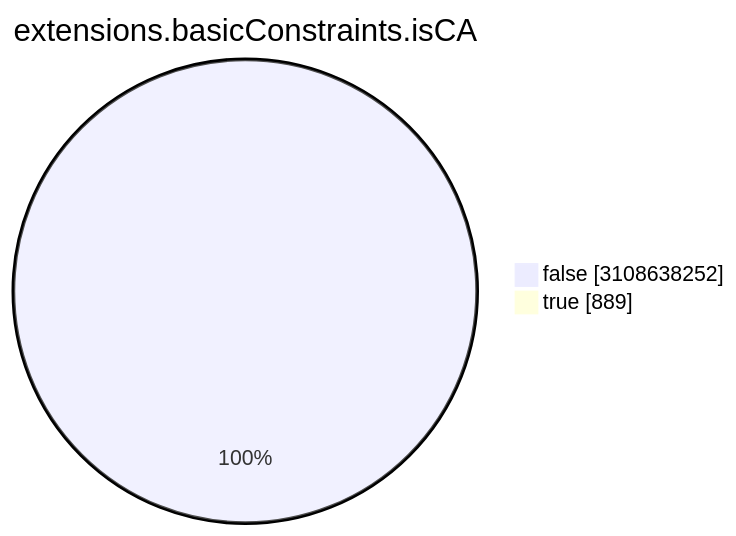
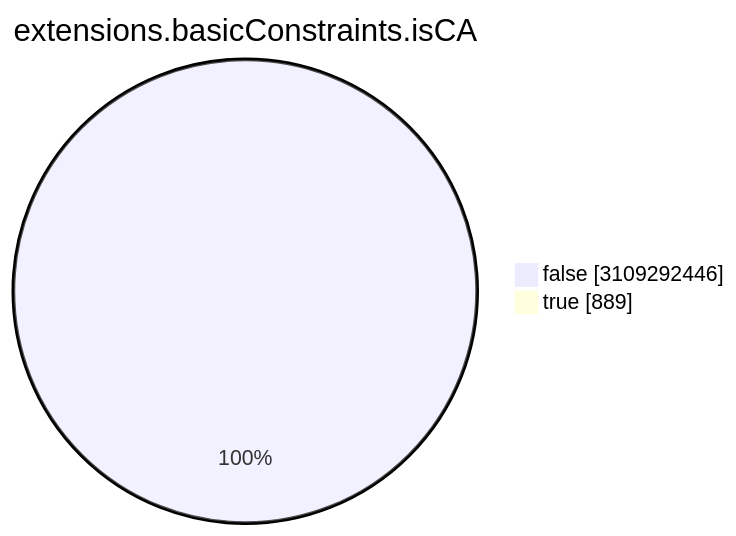
One commit to christiankrug/ctmonitor_visualization changed the seventh of 15 diagrams in TOTAL/README.md. Above: the diagram before and after it, drawn with Mermaid. The commit also changed other lines of this file, not shown here.

````diff
--- a/TOTAL/README.md
+++ b/TOTAL/README.md
@@ -3086,6 +3086,6 @@
 ```mermaid
 pie showData
 title extensions.basicConstraints.isCA
-"false" :3108638252
+"false" :3109292446
 "true" :889
 ```
````
